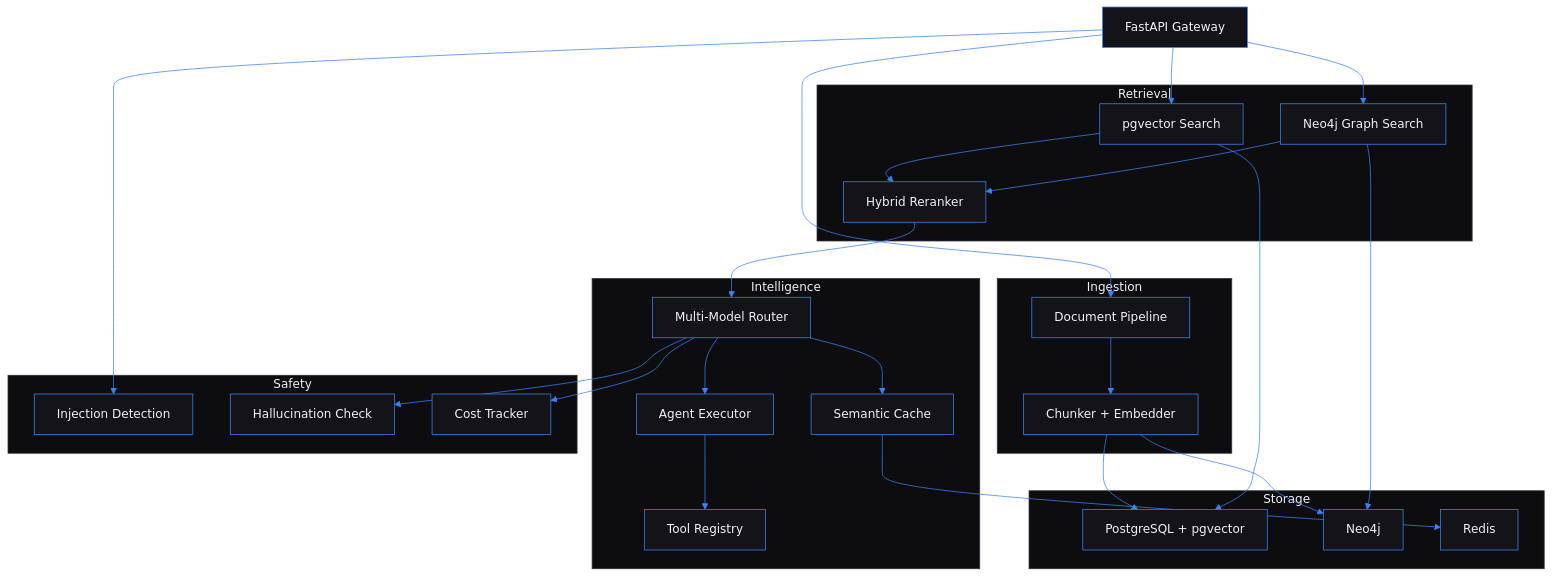
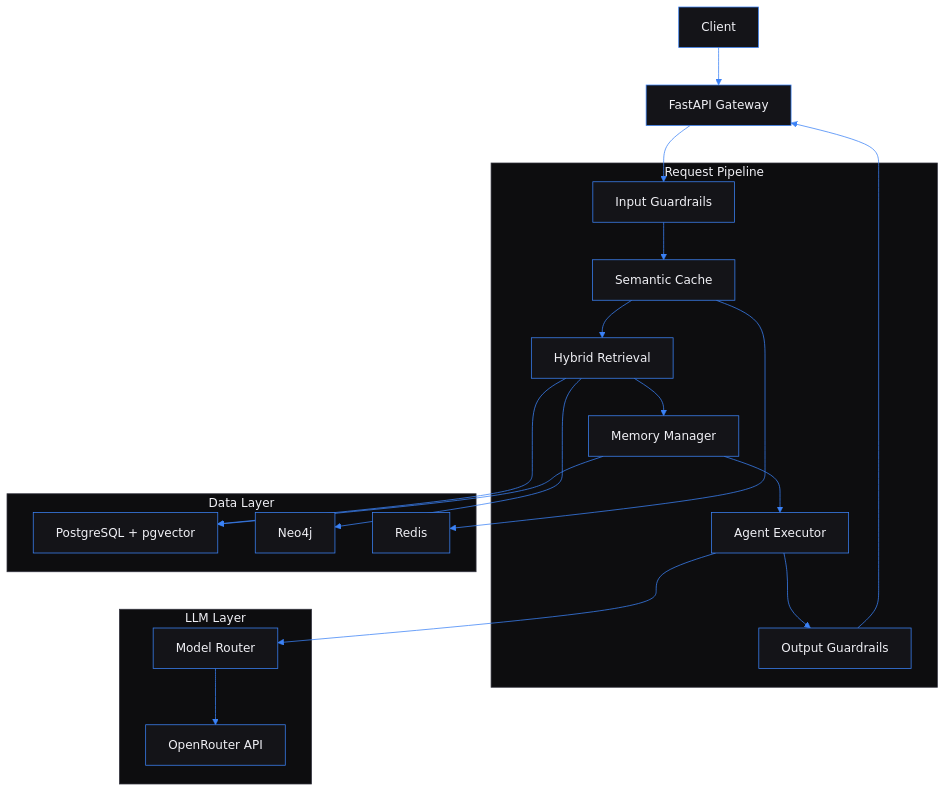
The diagram in README.md (kingsleyonoh/Multi-Agent-RAG-Platform), drawn with Mermaid before and after one commit. The commit also changed other lines of this file, not shown here.

Commit message:
docs(readme): rewrite README with correct API routes, live URL, and deployment section

````diff
--- a/README.md
+++ b/README.md
@@ -11,49 +13,34 @@
 ```mermaid
 %%{init: {'theme':'base','themeVariables':{'primaryColor':'#3B82F6','primaryTextColor':'#F0F0F5','primaryBorderColor':'#3B82F6','lineColor':'#3B82F6','secondaryColor':'#141418','tertiaryColor':'#0D0D0F','background':'#0D0D0F','mainBkg':'#141418','nodeBorder':'#3B82F6','clusterBkg':'#0D0D0F','clusterBorder':'#33333F','titleColor':'#F0F0F5','edgeLabelBackground':'#141418'}}}%%
 graph TB
-    API["FastAPI Gateway"]
+    CLIENT["Client"] --> API["FastAPI Gateway"]
 
-    subgraph Ingestion
-        INGEST["Document Pipeline"]
-        CHUNK["Chunker + Embedder"]
+    subgraph Pipeline ["Request Pipeline"]
+        GUARD_IN["Input Guardrails"]
+        CACHE["Semantic Cache"]
+        RETRIEVAL["Hybrid Retrieval"]
+        MEMORY["Memory Manager"]
+        AGENT["Agent Executor"]
+        GUARD_OUT["Output Guardrails"]
     end
 
-    subgraph Retrieval
-        VECTOR["pgvector Search"]
-        GRAPH["Neo4j Graph Search"]
-        RERANK["Hybrid Reranker"]
+    subgraph Models ["LLM Layer"]
+        ROUTER["Model Router"]
+        OPENROUTER["OpenRouter API"]
     end
 
-    subgraph Intelligence
-        ROUTER["Multi-Model Router"]
-        AGENT["Agent Executor"]
-        TOOLS["Tool Registry"]
-        CACHE["Semantic Cache"]
-    end
-
-    subgraph Safety
-        INJECT["Injection Detection"]
-        HALLUC["Hallucination Check"]
-        COST["Cost Tracker"]
-    end
-
-    subgraph Storage
+    subgraph Storage ["Data Layer"]
         PG["PostgreSQL + pgvector"]
         NEO["Neo4j"]
         REDIS["Redis"]
     end
 
-    API --> INGEST --> CHUNK --> PG
-    CHUNK --> NEO
-    API --> VECTOR --> RERANK
-    API --> GRAPH --> RERANK
-    RERANK --> ROUTER
-    ROUTER --> AGENT --> TOOLS
-    ROUTER --> CACHE
+    API --> GUARD_IN --> CACHE --> RETRIEVAL
+    RETRIEVAL --> MEMORY --> AGENT --> GUARD_OUT
+    AGENT --> ROUTER --> OPENROUTER
     CACHE --> REDIS
-    API --> INJECT
-    ROUTER --> HALLUC
-    ROUTER --> COST
-    VECTOR --> PG
-    GRAPH --> NEO
+    RETRIEVAL --> PG
+    RETRIEVAL --> NEO
+    MEMORY --> PG
+    GUARD_OUT --> API
 ```
````
